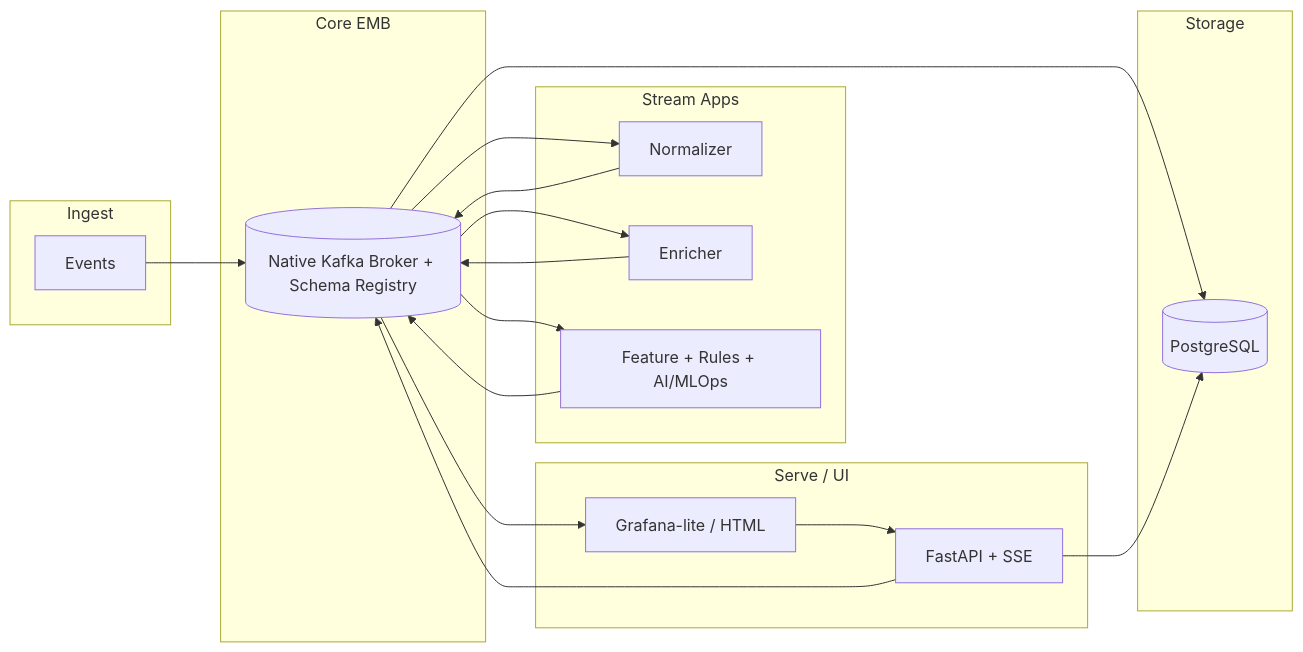
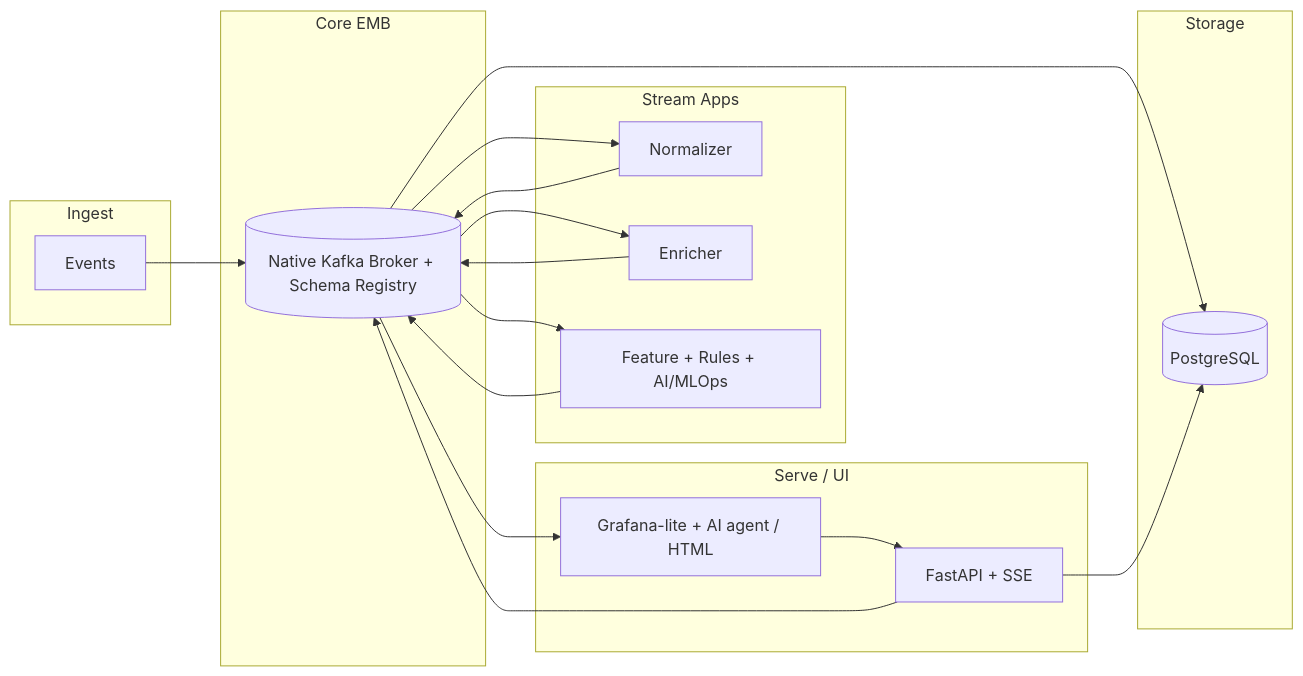
Before and after one commit to lILogit/Observio: the diagram in README.md, drawn with Mermaid.

`````diff
--- a/README.md
+++ b/README.md
@@ -23,35 +23,35 @@
 ```mermaid
 flowchart LR
   subgraph Ingest
     Agent["Events"]
   end
 
   subgraph Core["Core EMB"]
     Bus[( Native Kafka Broker + Schema Registry)]
   end
 
   subgraph Stream["Stream Apps"]
     Norm[Normalizer]
     Enr[Enricher]
     Feat[Feature + Rules + AI/MLOps]
   end
 
   subgraph Storage
     PG[(PostgreSQL)]
   end
 
   subgraph Serve["Serve / UI"]
     API[FastAPI + SSE]
-    UI[Grafana-lite / HTML]
+    UI[Grafana-lite + AI agent / HTML]
   end
 
   Agent --> Bus
   Bus --> Norm --> Bus
   Bus --> Enr --> Bus
   Bus --> Feat --> Bus
   Bus --> PG
   API --> PG
   API --> Bus
   Bus --> UI
   UI --> API
 ````
`````
